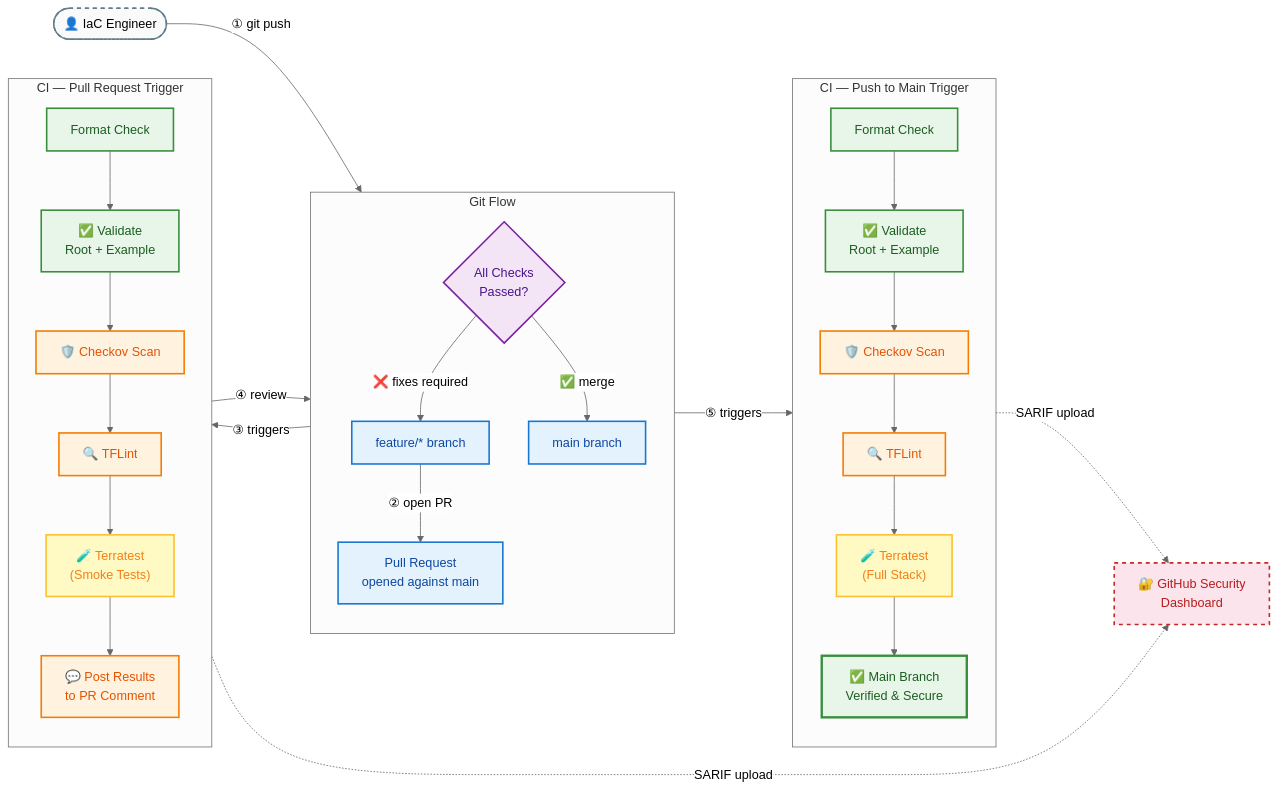
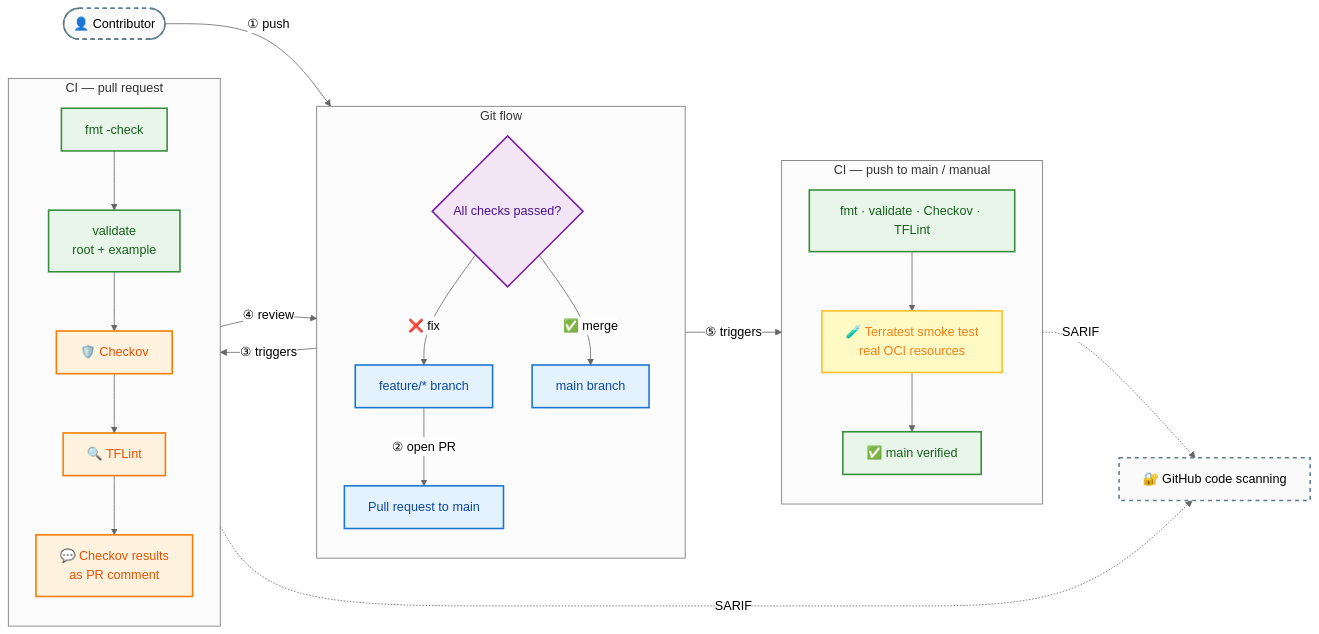
Before and after one commit to devsahamerlin/terraform-oci-alwaysfree-and-flexible-ha-compute-service: the second of 2 diagrams in README.md, drawn with Mermaid (neutral theme). The commit also changed other lines of this file and 66 other files, not shown here.

````diff
--- a/README.md
+++ b/README.md
@@ -276,89 +334,51 @@
 ```mermaid
 graph LR
-%% ══════════════════════════════════════════
-%% ACTORS
-%% ══════════════════════════════════════════
-    Dev(["👤 IaC Engineer"])
-    GHSec["🔐 GitHub Security\nDashboard"]
+    Dev(["👤 Contributor"])
+    GHSec["🔐 GitHub code scanning"]
 
-%% ══════════════════════════════════════════
-%% COLUMN 1 — Git Flow
-%% ══════════════════════════════════════════
-    subgraph GIT["Git Flow"]
+    subgraph GIT["Git flow"]
         direction TB
         Feature["feature/* branch"]
-        PR["Pull Request\nopened against main"]
-        Gate{"All Checks\nPassed?"}
+        PR["Pull request to main"]
+        Gate{"All checks passed?"}
         Main["main branch"]
     end
 
-%% ══════════════════════════════════════════
-%% COLUMN 2 — CI on Pull Request
-%% ══════════════════════════════════════════
-    subgraph CI_PR["CI — Pull Request Trigger"]
+    subgraph CI_PR["CI — pull request"]
         direction TB
-        PR_FMT["Format Check"]
-        PR_VAL["✅ Validate\nRoot + Example"]
-        PR_SEC["🛡️ Checkov Scan"]
+        PR_FMT["fmt -check"]
+        PR_VAL["validate<br/>root + example"]
+        PR_SEC["🛡️ Checkov"]
         PR_LINT["🔍 TFLint"]
-        PR_TEST["🧪 Terratest\n(Smoke Tests)"]
-        PR_CMT["💬 Post Results\nto PR Comment"]
+        PR_CMT["💬 Checkov results<br/>as PR comment"]
     end
 
-%% ══════════════════════════════════════════
-%% COLUMN 3 — CI on Main
-%% ══════════════════════════════════════════
-    subgraph CI_MAIN["CI — Push to Main Trigger"]
+    subgraph CI_MAIN["CI — push to main / manual"]
         direction TB
-        M_FMT["Format Check"]
-        M_VAL["✅ Validate\nRoot + Example"]
-        M_SEC["🛡️ Checkov Scan"]
-        M_LINT["🔍 TFLint"]
-        M_TEST["🧪 Terratest\n(Full Stack)"]
-        M_DONE["✅ Main Branch\nVerified & Secure"]
+        M_CHECKS["fmt · validate · Checkov · TFLint"]
+        M_TEST["🧪 Terratest smoke test<br/>real OCI resources"]
+        M_DONE["✅ main verified"]
     end
 
-%% ══════════════════════════════════════════
-%% FLOWS — Git
-%% ══════════════════════════════════════════
-    Dev -->|"① git push"| Feature
-    Feature -->|"② open PR"| PR
-    PR -->|"③ triggers"| CI_PR
-    Gate -->|"❌ fixes required"| Feature
-    Gate -->|"✅ merge"| Main
-    Main -->|"⑤ triggers"| CI_MAIN
+    Dev -->|"① push"| Feature -->|"② open PR"| PR -->|"③ triggers"| CI_PR
+    PR_FMT --> PR_VAL --> PR_SEC --> PR_LINT --> PR_CMT -->|"④ review"| Gate
+    Gate -->|"❌ fix"| Feature
+    Gate -->|"✅ merge"| Main -->|"⑤ triggers"| CI_MAIN
+    M_CHECKS --> M_TEST --> M_DONE
+    PR_SEC -.->|SARIF| GHSec
+    M_CHECKS -.->|SARIF| GHSec
 
-%% ══════════════════════════════════════════
-%% FLOWS — PR Pipeline (strict top→bottom)
-%% ══════════════════════════════════════════
-    PR_FMT --> PR_VAL --> PR_SEC --> PR_LINT --> PR_TEST --> PR_CMT
-    PR_CMT -->|"④ review"| Gate
-    PR_SEC -.->|"SARIF upload"| GHSec
-
-%% ══════════════════════════════════════════
-%% FLOWS — Main Pipeline (strict top→bottom)
-%% ══════════════════════════════════════════
-    M_FMT --> M_VAL --> M_SEC --> M_LINT --> M_TEST --> M_DONE
-    M_SEC -.->|"SARIF upload"| GHSec
-
-%% ══════════════════════════════════════════
-%% STYLING
-%% ══════════════════════════════════════════
     classDef actor    fill:#fafafa,stroke:#607d8b,stroke-width:2px,stroke-dasharray:5 5
     classDef git      fill:#e3f2fd,stroke:#1976d2,stroke-width:2px,color:#0d47a1
     classDef validate fill:#e8f5e9,stroke:#388e3c,stroke-width:2px,color:#1b5e20
     classDef security fill:#fff3e0,stroke:#f57c00,stroke-width:2px,color:#e65100
     classDef test     fill:#fff9c4,stroke:#fbc02d,stroke-width:2px,color:#f57f17
     classDef gate     fill:#f3e5f5,stroke:#7b1fa2,stroke-width:2px,color:#4a148c
-    classDef done     fill:#e8f5e9,stroke:#388e3c,stroke-width:3px,color:#1b5e20
-    classDef ghsec    fill:#fce4ec,stroke:#c62828,stroke-width:2px,color:#b71c1c
 
     class Dev,GHSec actor
     class Feature,PR,Main git
-    class PR_FMT,PR_VAL,M_FMT,M_VAL validate
-    class PR_SEC,PR_LINT,PR_CMT,M_SEC,M_LINT security
-    class PR_TEST,M_TEST test
+    class PR_FMT,PR_VAL,M_CHECKS,M_DONE validate
+    class PR_SEC,PR_LINT,PR_CMT security
+    class M_TEST test
     class Gate gate
-    class M_DONE done
-    class GHSec ghsec
 ```
````
